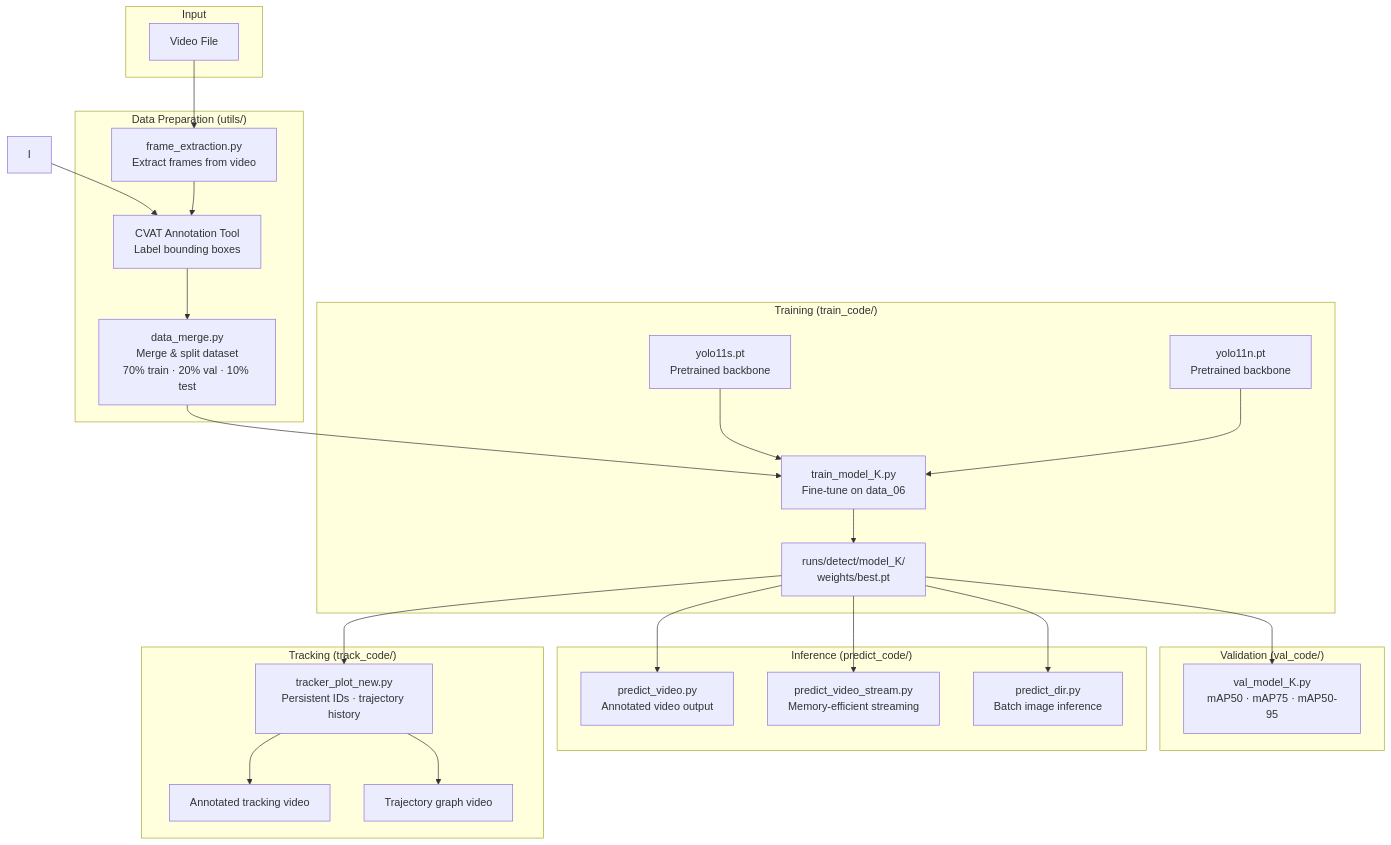
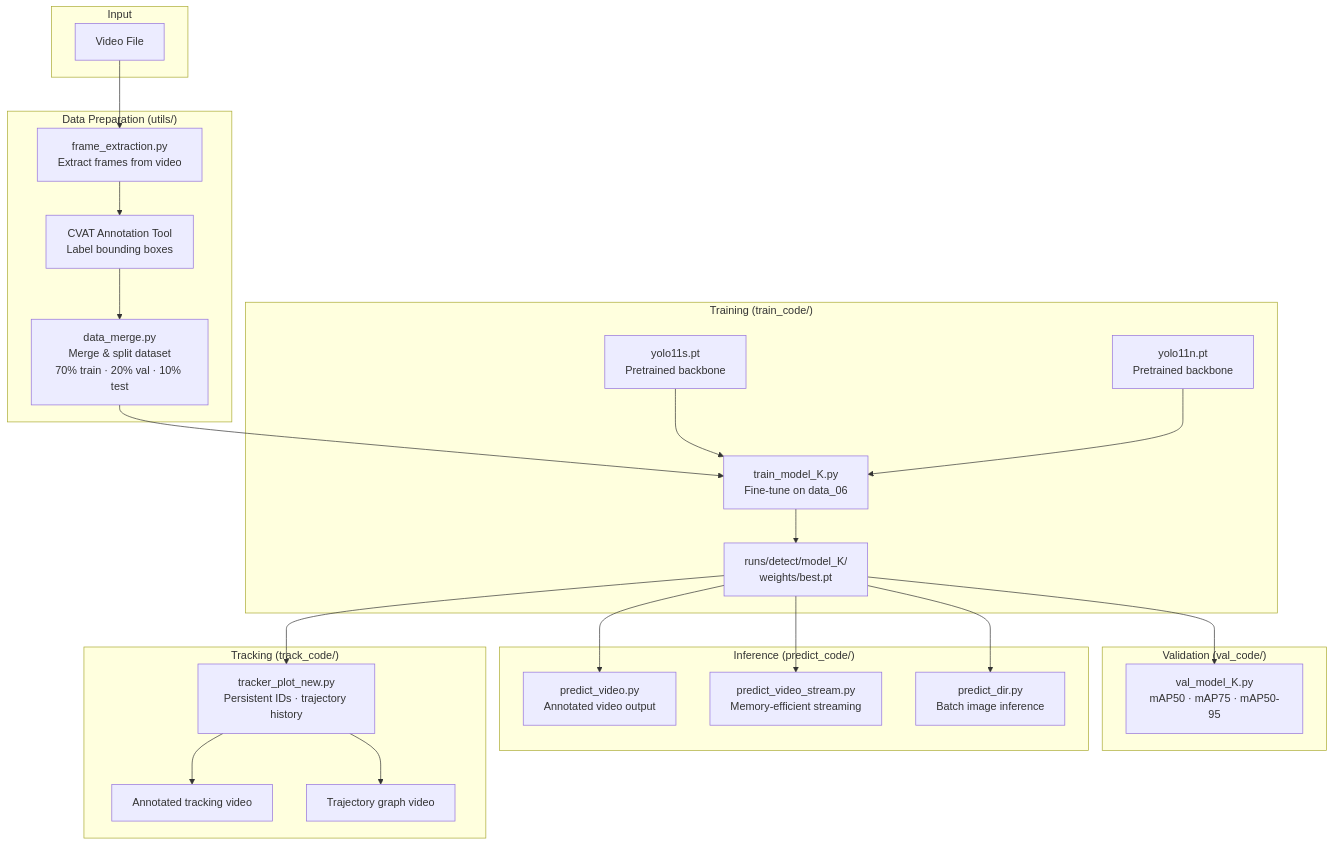
Before and after one commit to spilkovab/DP_2026: the first of 7 diagrams in ARCHITECTURE.md, drawn with Mermaid.

Commit message:
Remove I to CVAT connection in architecture diagram

````diff
--- a/ARCHITECTURE.md
+++ b/ARCHITECTURE.md
@@ -61,51 +61,50 @@
 ```mermaid
 flowchart TD
     subgraph Input
         V[Video File]
     end
 
     subgraph DataPrep["Data Preparation (utils/)"]
         FE[frame_extraction.py\nExtract frames from video]
         CVAT[CVAT Annotation Tool\nLabel bounding boxes]
         DM[data_merge.py\nMerge & split dataset\n70% train · 20% val · 10% test]
     end
 
     subgraph Training["Training (train_code/)"]
         PT[yolo11s.pt\nPretrained backbone]
         PTN[yolo11n.pt\nPretrained backbone]
         TR[train_model_K.py\nFine-tune on data_06]
         RM[runs/detect/model_K/\nweights/best.pt]
     end
 
     subgraph Evaluation["Validation (val_code/)"]
         VM[val_model_K.py\nmAP50 · mAP75 · mAP50-95]
     end
 
     subgraph Inference["Inference (predict_code/)"]
         PV[predict_video.py\nAnnotated video output]
         PS[predict_video_stream.py\nMemory-efficient streaming]
         PD[predict_dir.py\nBatch image inference]
     end
 
     subgraph Tracking["Tracking (track_code/)"]
         TK[tracker_plot_new.py\nPersistent IDs · trajectory history]
         TV[Annotated tracking video]
         TG[Trajectory graph video]
     end
 
     V --> FE
-    I --> CVAT
     FE --> CVAT
     CVAT --> DM
     DM --> TR
     PT --> TR
     PTN --> TR
     TR --> RM
     RM --> VM
     RM --> PV
     RM --> PS
     RM --> PD
     RM --> TK
     TK --> TV
     TK --> TG
 ```
````
